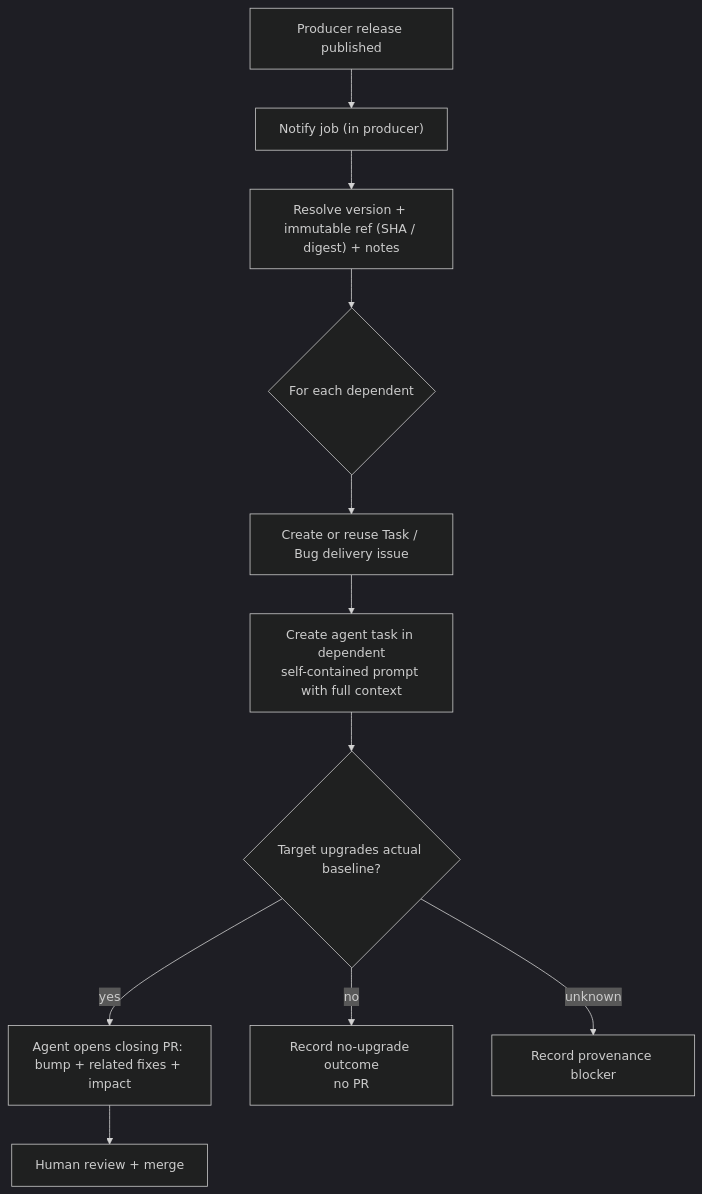
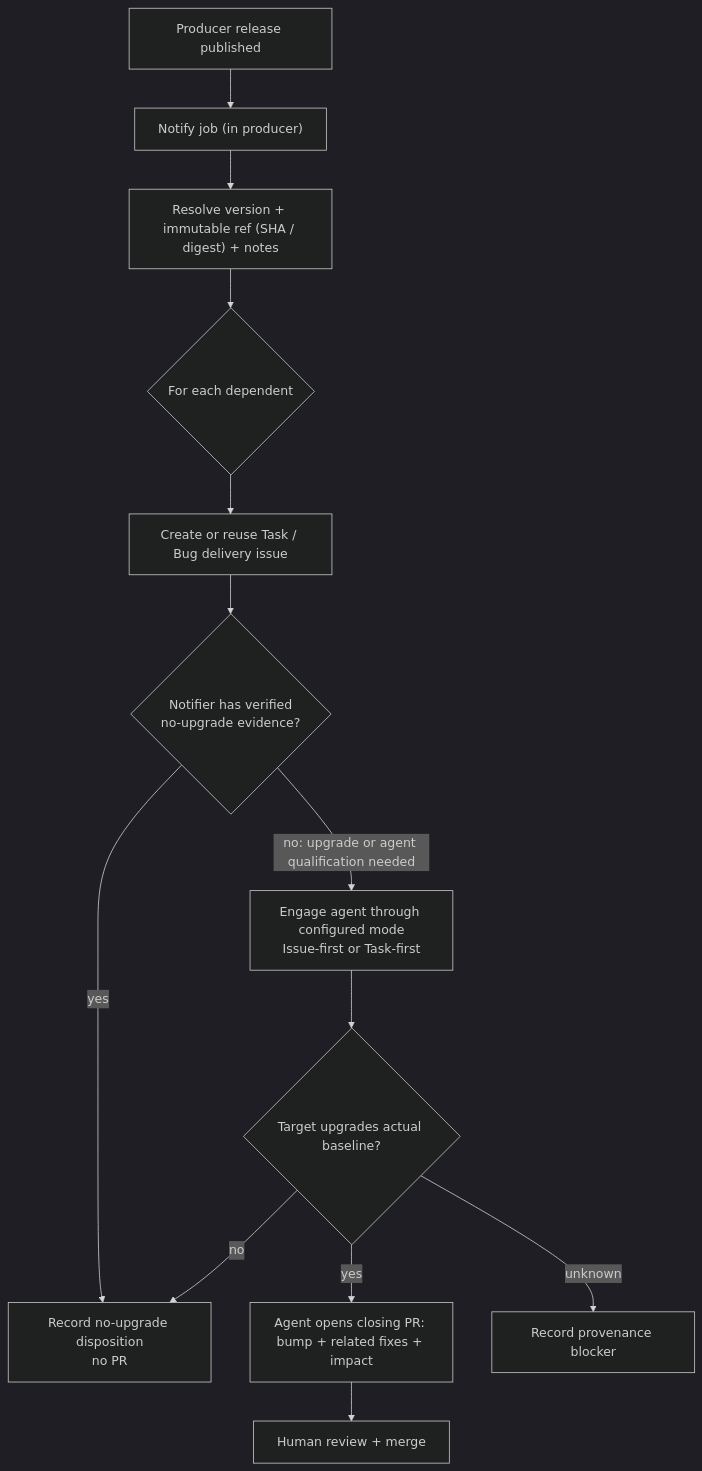
The diagram in src/docs/Capabilities/downstream-release-propagation/design.md (MSXOrg/docs), drawn with Mermaid (dark theme) before and after one commit. The commit also changed other lines of this file and 2 other files, not shown here.

Commit message:
Qualify upgrades before delegation and fleet branch creation

````diff
--- a/src/docs/Capabilities/downstream-release-propagation/design.md
+++ b/src/docs/Capabilities/downstream-release-propagation/design.md
@@ -17,13 +17,15 @@
 ```mermaid
 flowchart TD
   rel["Producer release published"] --> notify["Notify job (in producer)"]
   notify --> resolve["Resolve version + immutable ref (SHA / digest) + notes"]
   resolve --> fan{"For each dependent"}
   fan --> issue["Create or reuse Task / Bug delivery issue"]
-  issue --> delegate["Create agent task in dependent<br/>self-contained prompt with full context"]
+  issue --> known{"Notifier has verified<br/>no-upgrade evidence?"}
+  known -->|"yes"| nochange["Record no-upgrade disposition<br/>no PR"]
+  known -->|"no: upgrade or agent qualification needed"| delegate["Engage agent through configured mode<br/>Issue-first or Task-first"]
   delegate --> qualify{"Target upgrades actual baseline?"}
   qualify -->|"yes"| pr["Agent opens closing PR: bump + related fixes + impact"]
-  qualify -->|"no"| nochange["Record no-upgrade outcome<br/>no PR"]
+  qualify -->|"no"| nochange
   qualify -->|"unknown"| blocked["Record provenance blocker"]
   pr --> review["Human review + merge"]
 ```
````
